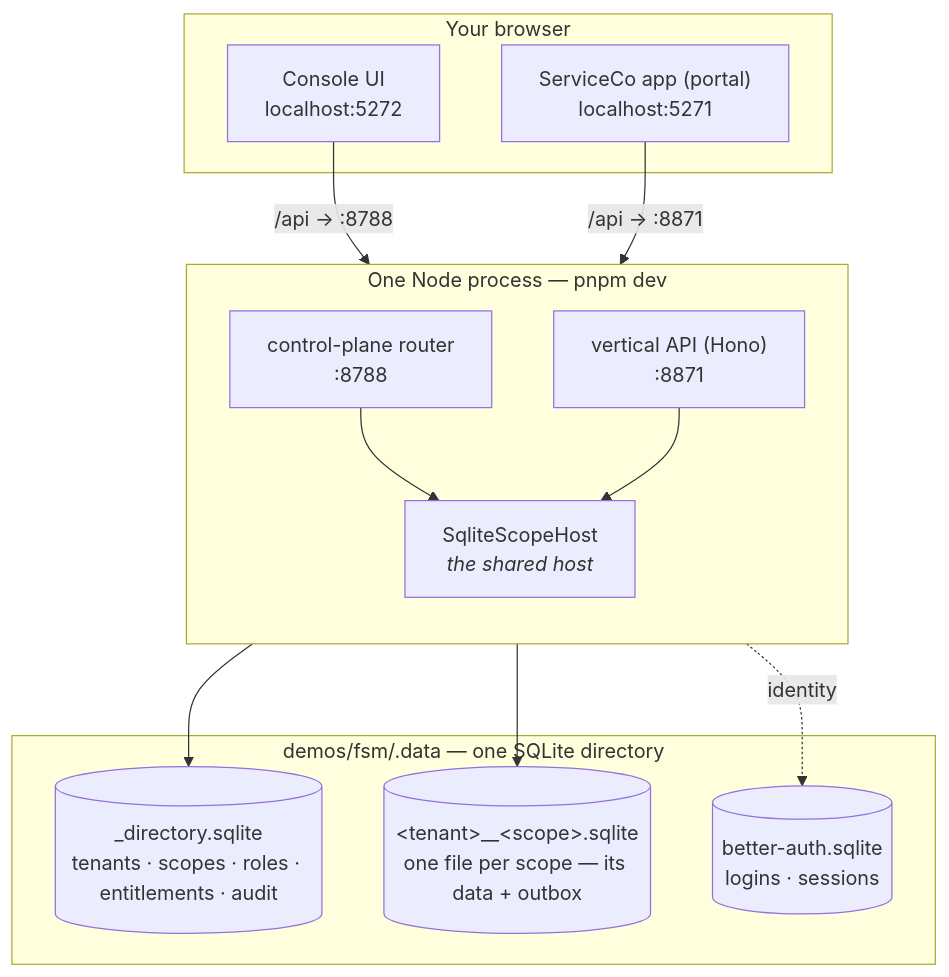
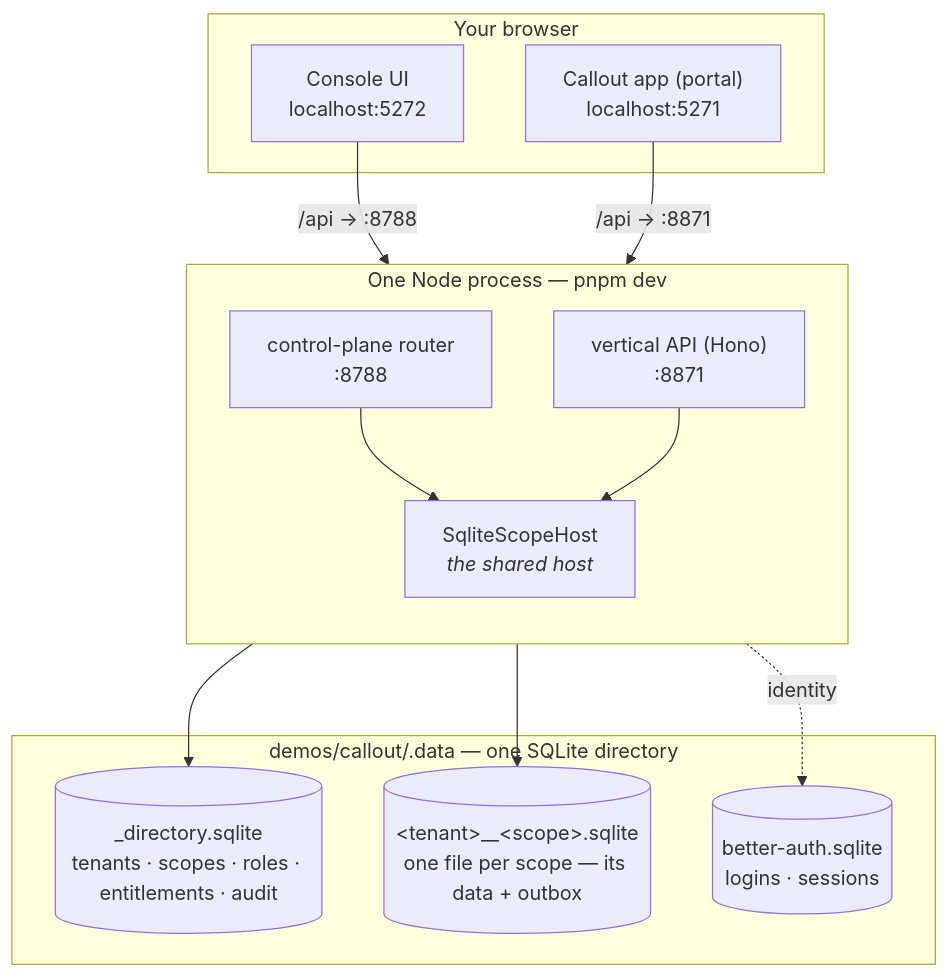
The first of 2 diagrams in apps/docs/guide/running-locally.md (markusahlstrand/chassis), drawn with Mermaid before and after one commit. The commit also changed other lines of this file and 201 other files, not shown here.

````diff
--- a/apps/docs/guide/running-locally.md
+++ b/apps/docs/guide/running-locally.md
@@ -45,28 +45,28 @@
 ```mermaid
 flowchart TB
   subgraph browser["Your browser"]
     C["Console UI<br/>localhost:5272"]
-    A["ServiceCo app (portal)<br/>localhost:5271"]
+    A["Callout app (portal)<br/>localhost:5271"]
   end
 
   subgraph proc["One Node process — pnpm dev"]
     direction TB
     CP["control-plane router<br/>:8788"]
     V["vertical API (Hono)<br/>:8871"]
     H["SqliteScopeHost<br/><i>the shared host</i>"]
     CP --> H
     V --> H
   end
 
-  subgraph data["demos/fsm/.data — one SQLite directory"]
+  subgraph data["demos/callout/.data — one SQLite directory"]
     D[("_directory.sqlite<br/>tenants · scopes · roles · entitlements · audit")]
     S[("&lt;tenant&gt;__&lt;scope&gt;.sqlite<br/>one file per scope — its data + outbox")]
     B[("better-auth.sqlite<br/>logins · sessions")]
   end
 
   C -->|"/api → :8788"| CP
   A -->|"/api → :8871"| V
   H --> D
   H --> S
   V -.->|identity| B
 ```
````
